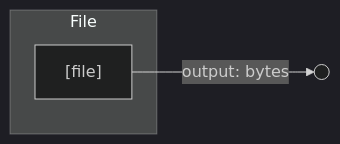
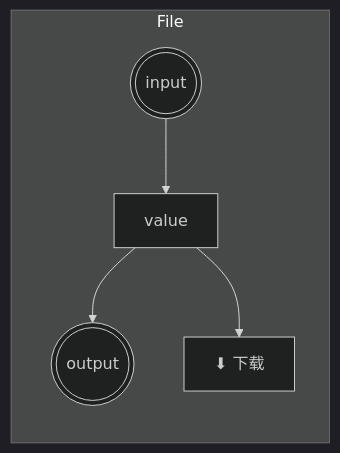
The fourth of 7 diagrams in docs/product/low-code-canvas.md (sisi0318/tool-website), drawn with Mermaid (dark theme) before and after one commit. The commit also changed other lines of this file, not shown here.

````diff
--- a/docs/product/low-code-canvas.md
+++ b/docs/product/low-code-canvas.md
@@ -87,7 +92,8 @@
 ```mermaid
 graph LR
     subgraph FileNode ["File"]
-        file["[file]"]
+        in((("input"))) --> value["value"]
+        value --> out((("output")))
+        value --> download["⬇ 下载"]
     end
-    file -->|"output: bytes"| out(( ))
 ```
````
